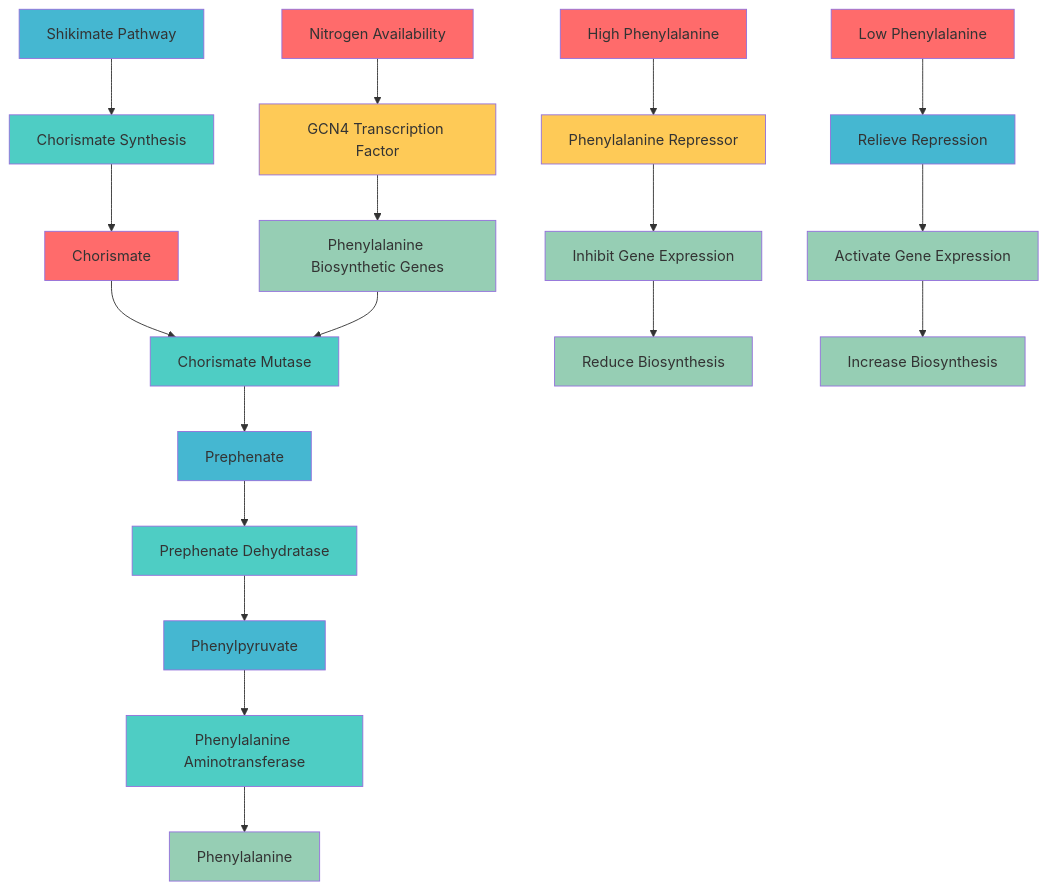
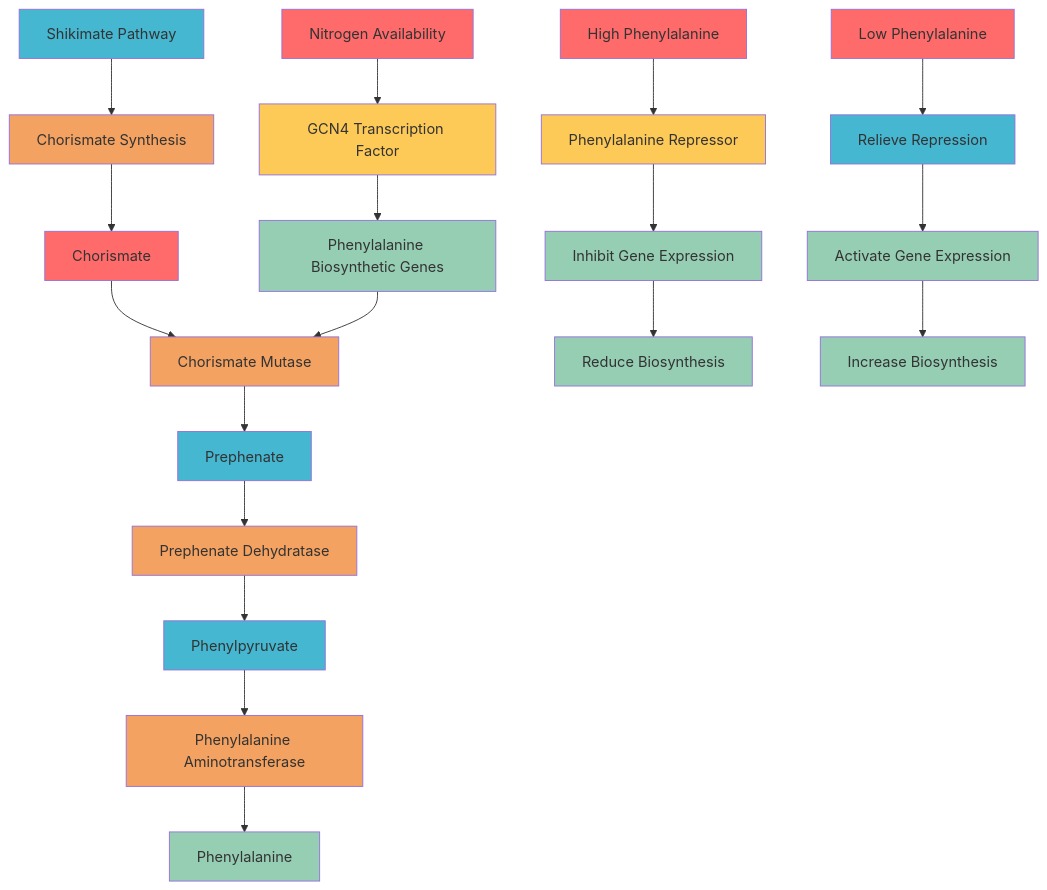
The diagram in docs/paper/community/contributions/new_charts/batch11_02_phenylalanine_biosynthesis.mmd (garywelz/glmp), drawn with Mermaid before and after one commit. The commit also changed 252 other files, not shown here.

Commit message:
Palette migration: replace teal with orange for catalysts across Mermaid HTML/MMD; update legends, strokes, and narrative text; unify emojis and theme variables

```diff
--- a/docs/paper/community/contributions/new_charts/batch11_02_phenylalanine_biosynthesis.mmd
+++ b/docs/paper/community/contributions/new_charts/batch11_02_phenylalanine_biosynthesis.mmd
@@ -1,43 +1,43 @@
 graph TD
     A[Chorismate] --> B[Chorismate Mutase]
     B --> C[Prephenate]
     C --> D[Prephenate Dehydratase]
     D --> E[Phenylpyruvate]
     E --> F[Phenylalanine Aminotransferase]
     F --> G[Phenylalanine]
     
     H[Nitrogen Availability] --> I[GCN4 Transcription Factor]
     I --> J[Phenylalanine Biosynthetic Genes]
     J --> B
     
     K[High Phenylalanine] --> L[Phenylalanine Repressor]
     L --> M[Inhibit Gene Expression]
     M --> N[Reduce Biosynthesis]
     
     O[Low Phenylalanine] --> P[Relieve Repression]
     P --> Q[Activate Gene Expression]
     Q --> R[Increase Biosynthesis]
     
     S[Shikimate Pathway] --> T[Chorismate Synthesis]
     T --> A
     
     style A fill:#ff6b6b
-    style B fill:#4ecdc4
+    style B fill:#f4a261
     style C fill:#45b7d1
-    style D fill:#4ecdc4
+    style D fill:#f4a261
     style E fill:#45b7d1
-    style F fill:#4ecdc4
+    style F fill:#f4a261
     style G fill:#96ceb4
     style H fill:#ff6b6b
     style I fill:#feca57
     style J fill:#96ceb4
     style K fill:#ff6b6b
     style L fill:#feca57
     style M fill:#96ceb4
     style N fill:#96ceb4
     style O fill:#ff6b6b
     style P fill:#45b7d1
     style Q fill:#96ceb4
     style R fill:#96ceb4
     style S fill:#45b7d1
-    style T fill:#4ecdc4
+    style T fill:#f4a261
```
